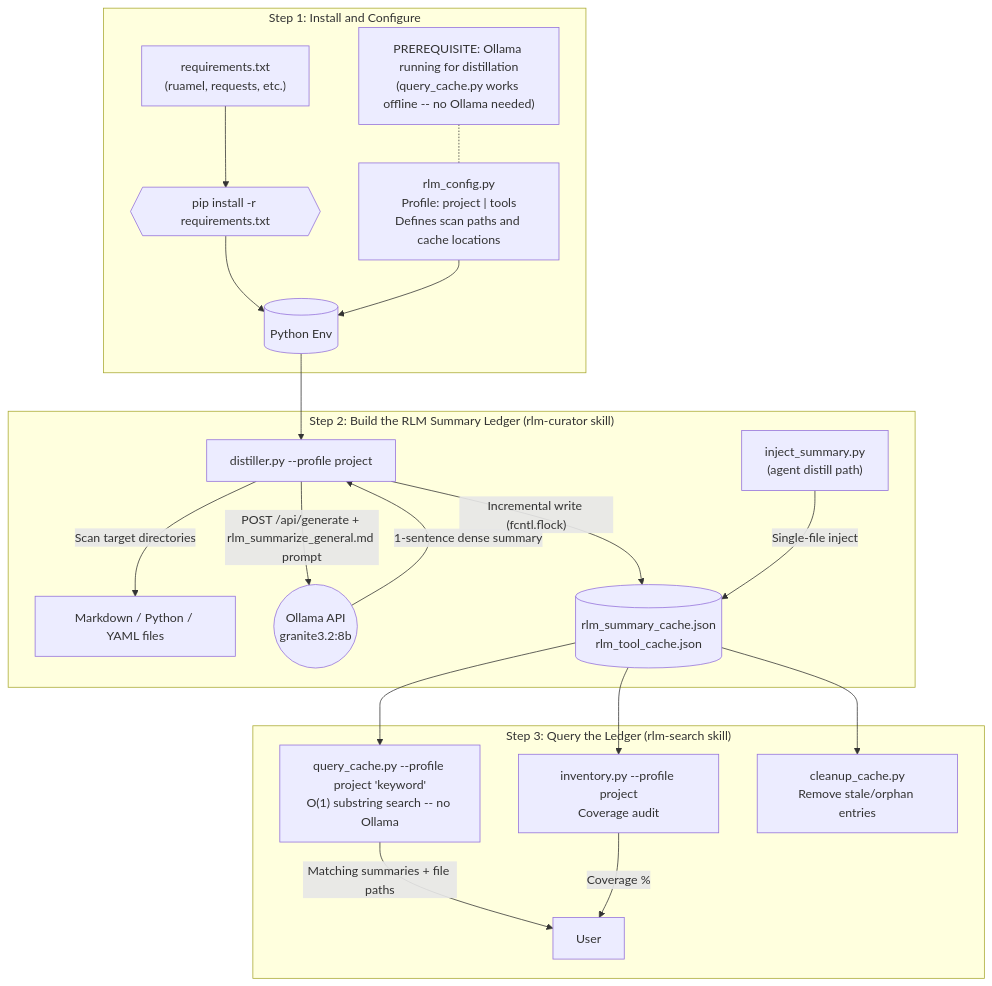
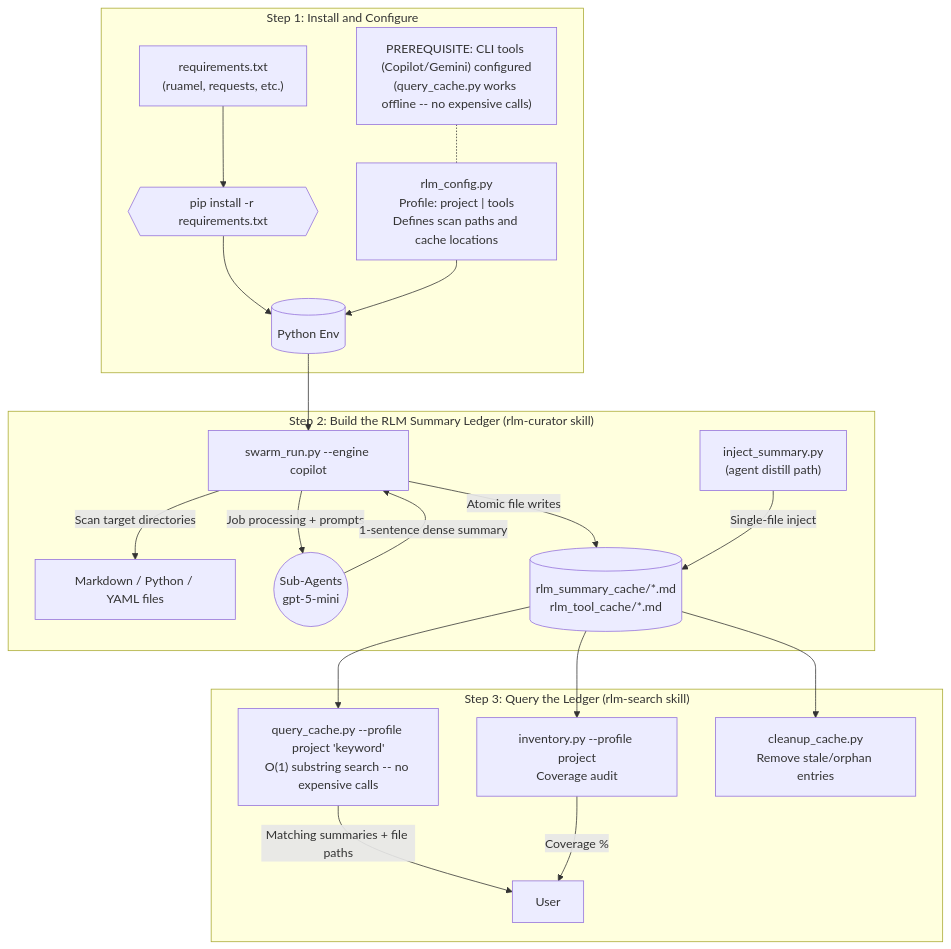
One commit to richfrem/agent-plugins-skills changed the diagram in plugins/rlm-factory/assets/diagrams/logic.mmd. Above: the diagram before and after it, drawn with Mermaid. The commit also changed 190 other files, not shown here.

Commit message:
Retrofit rlm-factory to file-system native architecture and swarm-based distillation

```diff
--- a/plugins/rlm-factory/assets/diagrams/logic.mmd
+++ b/plugins/rlm-factory/assets/diagrams/logic.mmd
@@ -1,27 +1,27 @@
 flowchart TD
     subgraph Initialization ["Step 1: Install and Configure"]
         Req["requirements.txt<BR>(ruamel, requests, etc.)"]
         Config["rlm_config.py<BR>Profile: project | tools<BR>Defines scan paths and cache locations"]
         Req --> Install{{"pip install -r requirements.txt"}}
         Install --> Venv[(Python Env)]
         Config --> Venv
-        note1["PREREQUISITE: Ollama running for distillation<BR>(query_cache.py works offline -- no Ollama needed)"]
+        note1["PREREQUISITE: CLI tools (Copilot/Gemini) configured<BR>(query_cache.py works offline -- no expensive calls)"]
         note1 -.- Config
     end
 
     subgraph Distillation ["Step 2: Build the RLM Summary Ledger (rlm-curator skill)"]
-        Venv --> Distiller["distiller.py --profile project"]
+        Venv --> Distiller["swarm_run.py --engine copilot"]
         Distiller -- "Scan target directories" --> Sources["Markdown / Python / YAML files"]
-        Distiller -- "POST /api/generate + rlm_summarize_general.md prompt" --> Ollama((Ollama API<BR>granite3.2:8b))
+        Distiller -- "Job processing + prompts" --> Ollama((Sub-Agents<BR>gpt-5-mini))
         Ollama -- "1-sentence dense summary" --> Distiller
-        Distiller -- "Incremental write (fcntl.flock)" --> Cache[("rlm_summary_cache.json<BR>rlm_tool_cache.json")]
+        Distiller -- "Atomic file writes" --> Cache[("rlm_summary_cache/*.md<BR>rlm_tool_cache/*.md")]
         Inject["inject_summary.py<BR>(agent distill path)"] -- "Single-file inject" --> Cache
     end
 
     subgraph Consumption ["Step 3: Query the Ledger (rlm-search skill)"]
-        Cache --> Query["query_cache.py --profile project 'keyword'<BR>O(1) substring search -- no Ollama"]
+        Cache --> Query["query_cache.py --profile project 'keyword'<BR>O(1) substring search -- no expensive calls"]
         Cache --> Inventory["inventory.py --profile project<BR>Coverage audit"]
         Cache --> Cleanup["cleanup_cache.py<BR>Remove stale/orphan entries"]
         Query -- "Matching summaries + file paths" --> User
         Inventory -- "Coverage %" --> User
     end
```
